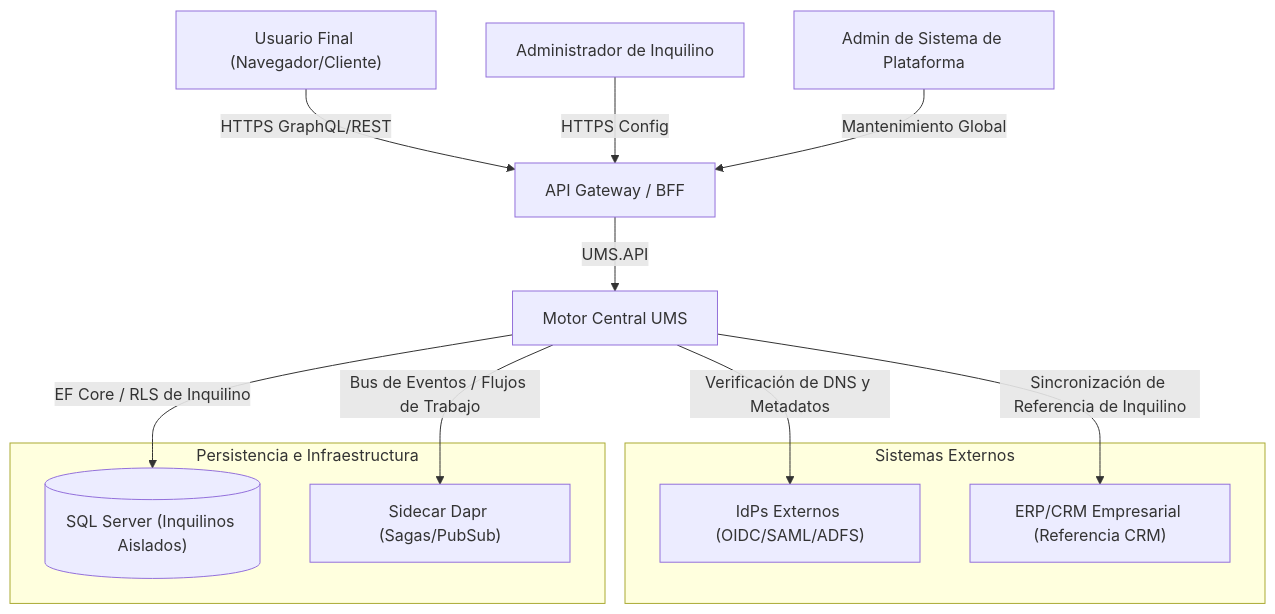
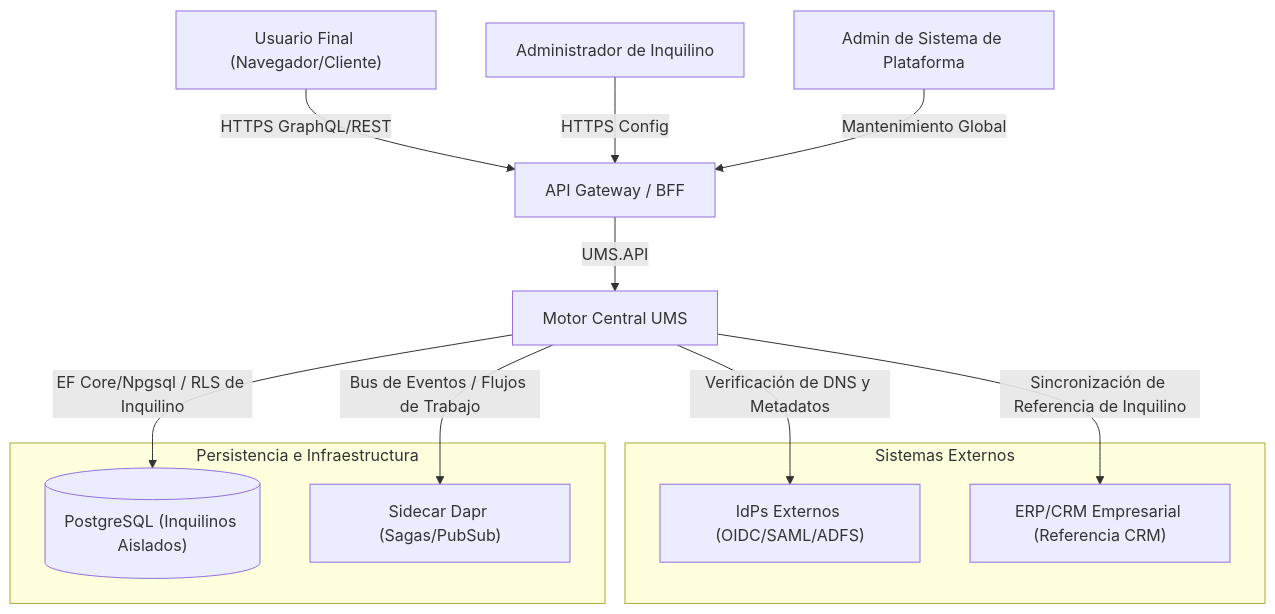
The first of 2 diagrams in docs/architecture/overview.es.md (beyondnetcode/ums), drawn with Mermaid before and after one commit. The commit also changed other lines of this file and 54 other files, not shown here.

Commit message:
docs(architecture): adopt PostgreSQL persistence baseline

````diff
--- a/docs/architecture/overview.es.md
+++ b/docs/architecture/overview.es.md
@@ -52,24 +52,24 @@
 ```mermaid
 graph TD
     User["Usuario Final (Navegador/Cliente)"] -->|HTTPS GraphQL/REST| Gate["API Gateway / BFF"]
     Admin["Administrador de Inquilino"] -->|HTTPS Config| Gate
     SysAdmin["Admin de Sistema de Plataforma"] -->|Mantenimiento Global| Gate
 
     Gate -->|UMS.API| Core["Motor Central UMS"]
     
     subgraph Sistemas Externos
         IDP["IdPs Externos (OIDC/SAML/ADFS)"]
         CRM["ERP/CRM Empresarial (Referencia CRM)"]
     end
     
     Core -->|Verificación de DNS y Metadatos| IDP
     Core -->|Sincronización de Referencia de Inquilino| CRM
     
     subgraph Persistencia e Infraestructura
-        DB[("SQL Server (Inquilinos Aislados)")]
+        DB[("PostgreSQL (Inquilinos Aislados)")]
         Dapr["Sidecar Dapr (Sagas/PubSub)"]
     end
     
-    Core -->|EF Core / RLS de Inquilino| DB
+    Core -->|EF Core/Npgsql / RLS de Inquilino| DB
     Core -->|Bus de Eventos / Flujos de Trabajo| Dapr
 ```
````
